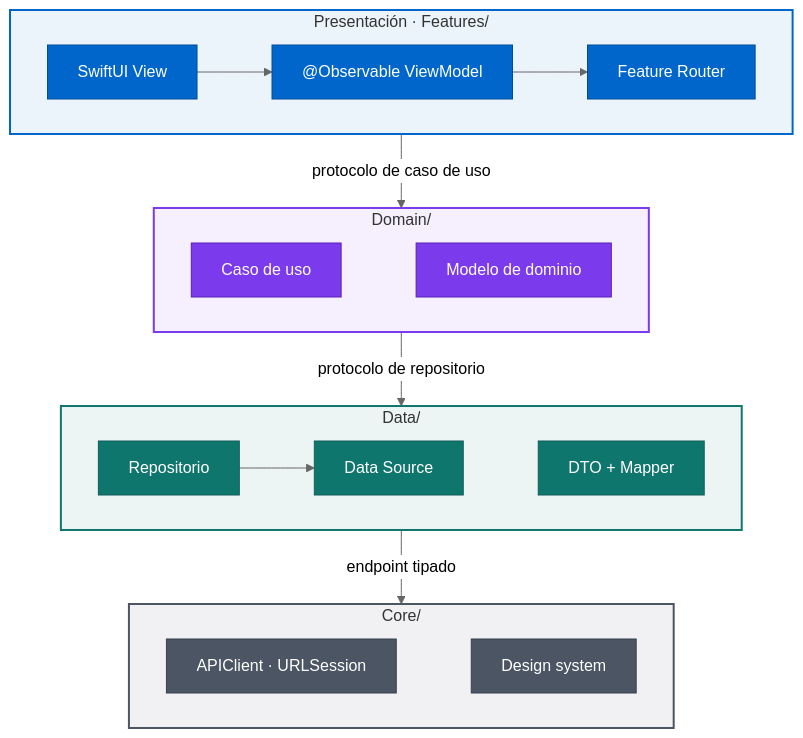
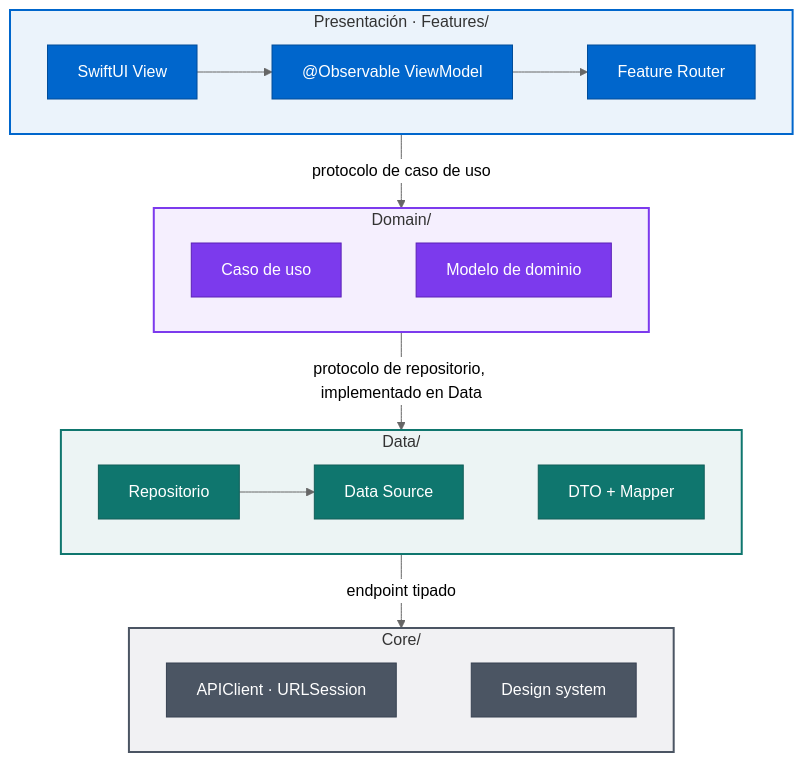
Before and after one commit to magnoscg/ios-architecture-reference: the first of 3 diagrams in README.es.md, drawn with Mermaid (neutral theme). The commit also changed other lines of this file and 7 other files, not shown here.

````diff
--- a/README.es.md
+++ b/README.es.md
@@ -86,35 +86,35 @@
 ```mermaid
 flowchart TB
     subgraph PRESENTATION["Presentación · Features/"]
         direction LR
         View["SwiftUI View"] --> ViewModel["@Observable ViewModel"] --> Router["Feature Router"]
     end
     subgraph DOMAIN["Domain/"]
         direction LR
         UseCase["Caso de uso"] ~~~ Model["Modelo de dominio"]
     end
     subgraph DATA["Data/"]
         direction LR
         Repository["Repositorio"] --> DataSource["Data Source"] ~~~ DTO["DTO + Mapper"]
     end
     subgraph CORE["Core/"]
         direction LR
         APIClient["APIClient · URLSession"] ~~~ DesignSystem["Design system"]
     end
     PRESENTATION -- "protocolo de caso de uso" --> DOMAIN
-    DOMAIN -- "protocolo de repositorio" --> DATA
+    DOMAIN -- "protocolo de repositorio, implementado en Data" --> DATA
     DATA -- "endpoint tipado" --> CORE
 
     classDef presentation fill:#0066CC,stroke:#004C99,color:#FFFFFF
     classDef domain fill:#7C3AED,stroke:#5B21B6,color:#FFFFFF
     classDef data fill:#0F766E,stroke:#115E59,color:#FFFFFF
     classDef core fill:#4B5563,stroke:#374151,color:#FFFFFF
     class View,ViewModel,Router presentation
     class UseCase,Model domain
     class Repository,DataSource,DTO data
     class APIClient,DesignSystem core
     style PRESENTATION fill:#0066CC14,stroke:#0066CC,stroke-width:2px
     style DOMAIN fill:#7C3AED14,stroke:#7C3AED,stroke-width:2px
     style DATA fill:#0F766E14,stroke:#0F766E,stroke-width:2px
     style CORE fill:#4B556314,stroke:#4B5563,stroke-width:2px
 ```
````
